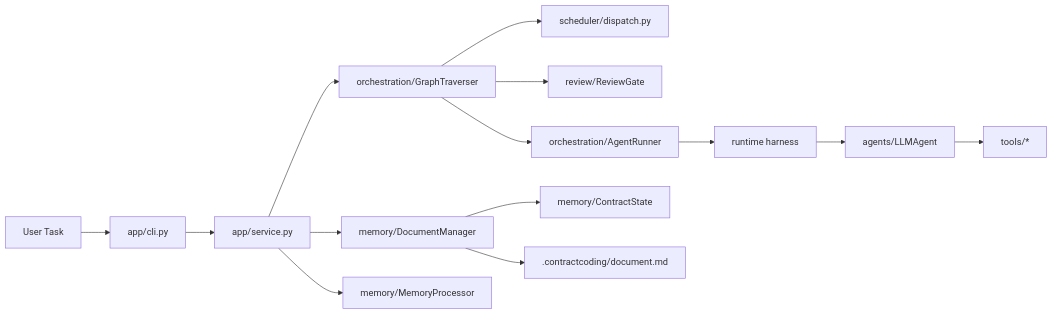
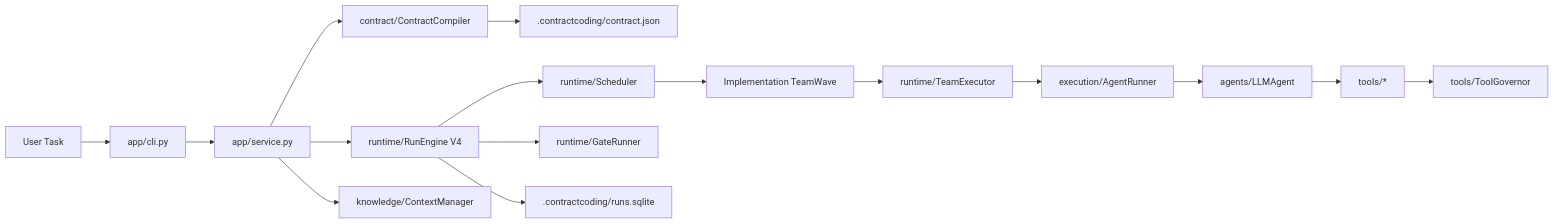
One commit to imliinyi/Contract-Coding changed the first of 2 diagrams in README.md. Above: the diagram before and after it, drawn with Mermaid. The commit also changed other lines of this file and 99 other files, not shown here.

````diff
--- a/README.md
+++ b/README.md
@@ -16,18 +18,20 @@
 ```mermaid
 flowchart LR
     U["User Task"] --> CLI["app/cli.py"]
     CLI --> SVC["app/service.py"]
-    SVC --> GT["orchestration/GraphTraverser"]
-    SVC --> DM["memory/DocumentManager"]
-    SVC --> MP["memory/MemoryProcessor"]
+    SVC --> PLAN["contract/ContractCompiler"]
+    PLAN --> CJ[".contractcoding/contract.json"]
+    SVC --> RUN["runtime/RunEngine V4"]
+    SVC --> CTX["knowledge/ContextManager"]
 
-    DM --> CS["memory/ContractState"]
-    GT --> SCH["scheduler/dispatch.py"]
-    GT --> RV["review/ReviewGate"]
-    GT --> AR["orchestration/AgentRunner"]
-    AR --> H["runtime harness"]
-    H --> AG["agents/LLMAgent"]
+    RUN --> SCH["runtime/Scheduler"]
+    SCH --> TW["Implementation TeamWave"]
+    TW --> TEX["runtime/TeamExecutor"]
+    RUN --> GATE["runtime/GateRunner"]
+    RUN --> STORE[".contractcoding/runs.sqlite"]
+    TEX --> AR["execution/AgentRunner"]
+    AR --> AG["agents/LLMAgent"]
 
     AG --> TOOLS["tools/*"]
-    DM --> DOC[".contractcoding/document.md"]
+    TOOLS --> GOV["tools/ToolGovernor"]
 ```
````
